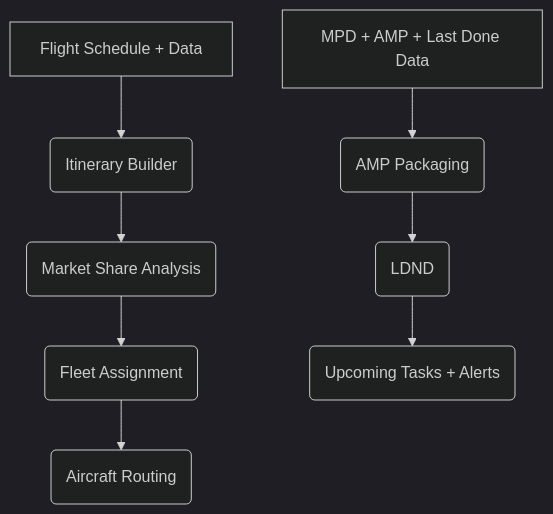
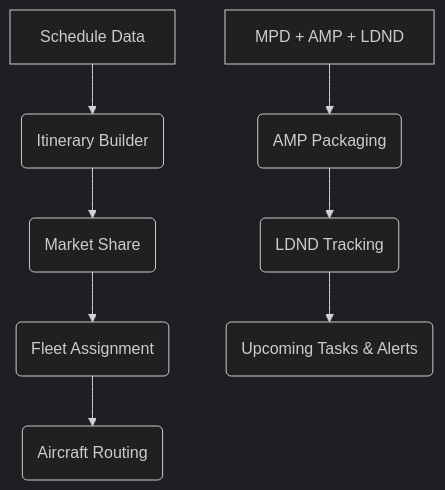
The diagram in README.md (honda003/SkyLinker-AirService), drawn with Mermaid (dark theme) before and after one commit. The commit also changed other lines of this file, not shown here.

````diff
--- a/README.md
+++ b/README.md
@@ -122,10 +89,11 @@
 ```mermaid
 graph TD;
-    A[Flight Schedule + Data] --> B(Itinerary Builder);
-    B --> C(Market Share Analysis);
+    A[Schedule Data] --> B(Itinerary Builder);
+    B --> C(Market Share);
     C --> D(Fleet Assignment);
     D --> E(Aircraft Routing);
-    F[MPD + AMP + Last Done Data] --> G(AMP Packaging);
-    G --> H(LDND);
-    H --> I(Upcoming Tasks + Alerts);
+    F[MPD + AMP + LDND] --> G(AMP Packaging);
+    G --> H(LDND Tracking);
+    H --> I(Upcoming Tasks & Alerts);
+
 ```
````
